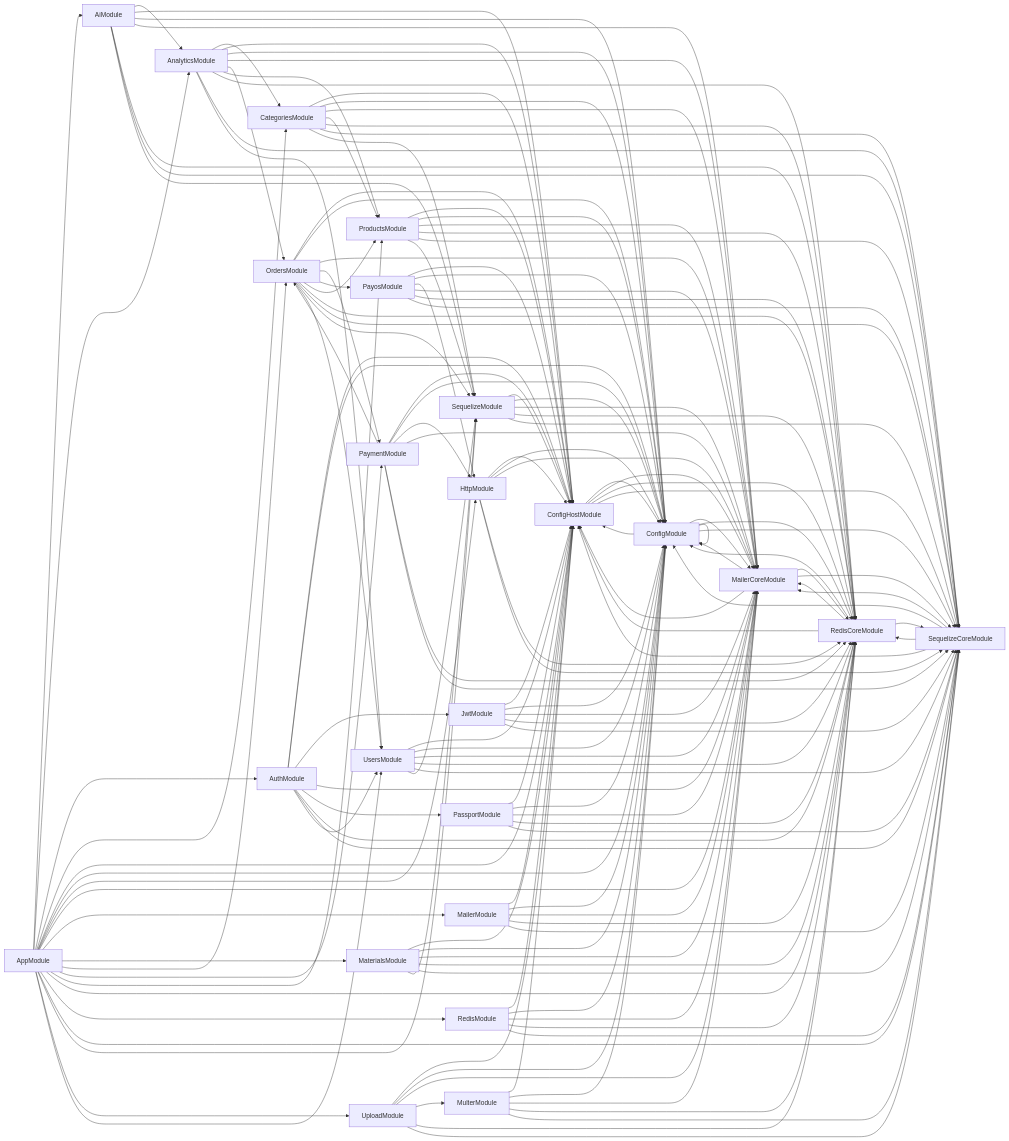
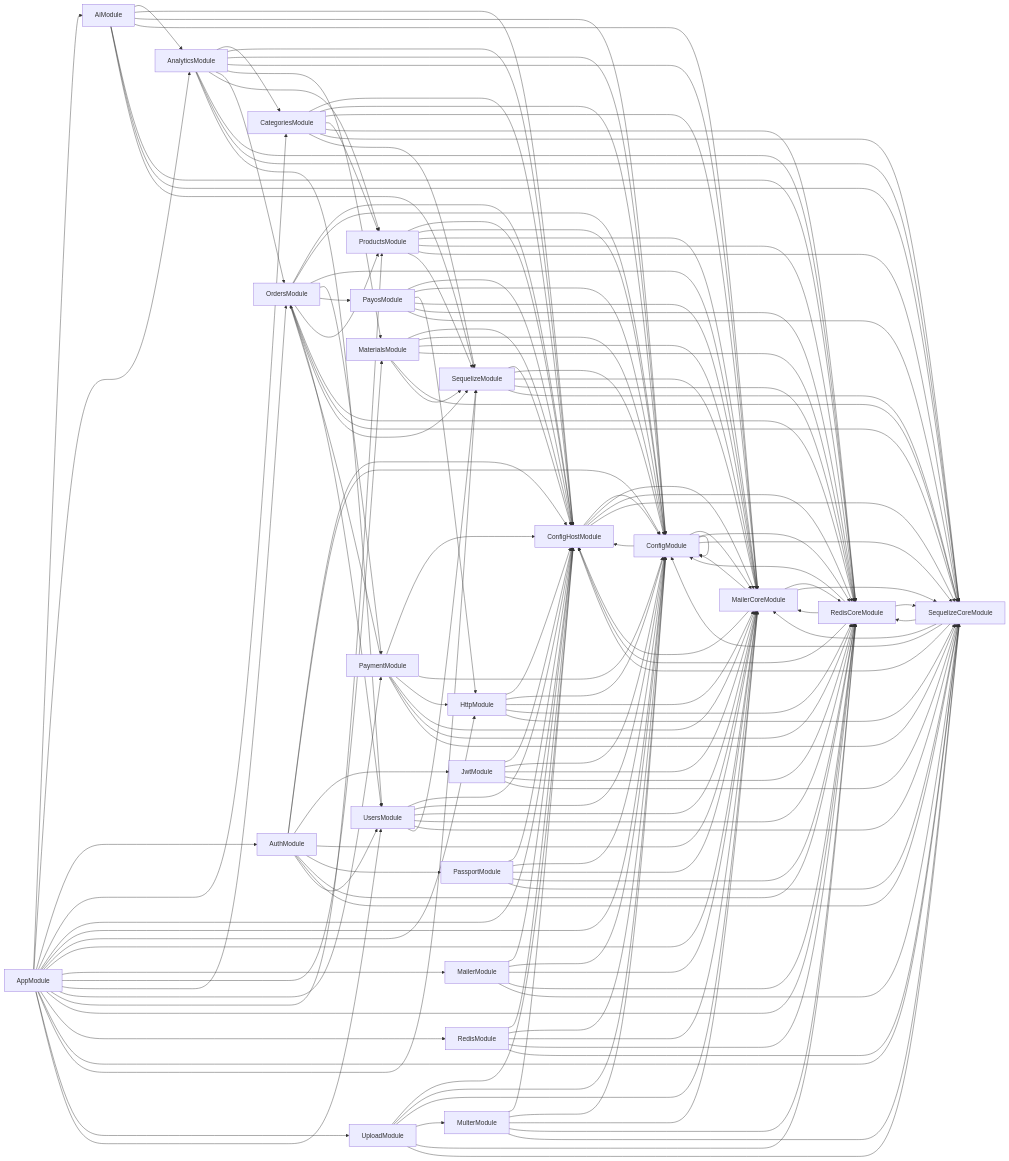
Before and after one commit to csc13001-kafi/csc13001-kafi-server: the diagram in deps.mermaid, drawn with Mermaid. The commit also changed 4 other files, not shown here.

```diff
--- a/deps.mermaid
+++ b/deps.mermaid
@@ -1,154 +1,155 @@
 graph LR
     AiModule-->AnalyticsModule
   AiModule-->ConfigHostModule
   AiModule-->ConfigModule
   AiModule-->MailerCoreModule
   AiModule-->RedisCoreModule
   AiModule-->SequelizeCoreModule
   AiModule-->SequelizeModule
   AnalyticsModule-->CategoriesModule
   AnalyticsModule-->ConfigHostModule
   AnalyticsModule-->ConfigModule
   AnalyticsModule-->MailerCoreModule
+  AnalyticsModule-->MaterialsModule
   AnalyticsModule-->OrdersModule
   AnalyticsModule-->ProductsModule
   AnalyticsModule-->RedisCoreModule
   AnalyticsModule-->SequelizeCoreModule
   AnalyticsModule-->UsersModule
   AppModule-->AiModule
   AppModule-->AnalyticsModule
   AppModule-->AuthModule
   AppModule-->CategoriesModule
   AppModule-->ConfigHostModule
   AppModule-->ConfigModule
   AppModule-->HttpModule
   AppModule-->MailerCoreModule
   AppModule-->MailerModule
   AppModule-->MaterialsModule
   AppModule-->OrdersModule
   AppModule-->PaymentModule
   AppModule-->ProductsModule
   AppModule-->RedisCoreModule
   AppModule-->RedisModule
   AppModule-->SequelizeCoreModule
   AppModule-->SequelizeModule
   AppModule-->UploadModule
   AppModule-->UsersModule
   AuthModule-->ConfigHostModule
   AuthModule-->ConfigModule
   AuthModule-->JwtModule
   AuthModule-->MailerCoreModule
   AuthModule-->PassportModule
   AuthModule-->RedisCoreModule
   AuthModule-->SequelizeCoreModule
   AuthModule-->UsersModule
   CategoriesModule-->ConfigHostModule
   CategoriesModule-->ConfigModule
   CategoriesModule-->MailerCoreModule
   CategoriesModule-->ProductsModule
   CategoriesModule-->RedisCoreModule
   CategoriesModule-->SequelizeCoreModule
   CategoriesModule-->SequelizeModule
   ConfigHostModule-->ConfigModule
   ConfigHostModule-->MailerCoreModule
   ConfigHostModule-->RedisCoreModule
   ConfigHostModule-->SequelizeCoreModule
   ConfigModule-->ConfigHostModule
   ConfigModule-->ConfigModule
   ConfigModule-->MailerCoreModule
   ConfigModule-->RedisCoreModule
   ConfigModule-->SequelizeCoreModule
   HttpModule-->ConfigHostModule
   HttpModule-->ConfigModule
   HttpModule-->MailerCoreModule
   HttpModule-->RedisCoreModule
   HttpModule-->SequelizeCoreModule
   JwtModule-->ConfigHostModule
   JwtModule-->ConfigModule
   JwtModule-->MailerCoreModule
   JwtModule-->RedisCoreModule
   JwtModule-->SequelizeCoreModule
   MailerCoreModule-->ConfigHostModule
   MailerCoreModule-->ConfigModule
   MailerCoreModule-->RedisCoreModule
   MailerCoreModule-->SequelizeCoreModule
   MailerModule-->ConfigHostModule
   MailerModule-->ConfigModule
   MailerModule-->MailerCoreModule
   MailerModule-->RedisCoreModule
   MailerModule-->SequelizeCoreModule
   MaterialsModule-->ConfigHostModule
   MaterialsModule-->ConfigModule
   MaterialsModule-->MailerCoreModule
   MaterialsModule-->RedisCoreModule
   MaterialsModule-->SequelizeCoreModule
   MaterialsModule-->SequelizeModule
   MulterModule-->ConfigHostModule
   MulterModule-->ConfigModule
   MulterModule-->MailerCoreModule
   MulterModule-->RedisCoreModule
   MulterModule-->SequelizeCoreModule
   OrdersModule-->ConfigHostModule
   OrdersModule-->ConfigModule
   OrdersModule-->MailerCoreModule
   OrdersModule-->PaymentModule
   OrdersModule-->PayosModule
   OrdersModule-->ProductsModule
   OrdersModule-->RedisCoreModule
   OrdersModule-->SequelizeCoreModule
   OrdersModule-->SequelizeModule
   OrdersModule-->UsersModule
   PassportModule-->ConfigHostModule
   PassportModule-->ConfigModule
   PassportModule-->MailerCoreModule
   PassportModule-->RedisCoreModule
   PassportModule-->SequelizeCoreModule
   PaymentModule-->ConfigHostModule
   PaymentModule-->ConfigModule
   PaymentModule-->HttpModule
   PaymentModule-->MailerCoreModule
   PaymentModule-->OrdersModule
   PaymentModule-->RedisCoreModule
   PaymentModule-->SequelizeCoreModule
   PayosModule-->ConfigHostModule
   PayosModule-->ConfigModule
   PayosModule-->HttpModule
   PayosModule-->MailerCoreModule
   PayosModule-->RedisCoreModule
   PayosModule-->SequelizeCoreModule
   ProductsModule-->ConfigHostModule
   ProductsModule-->ConfigModule
   ProductsModule-->MailerCoreModule
   ProductsModule-->RedisCoreModule
   ProductsModule-->SequelizeCoreModule
   ProductsModule-->SequelizeModule
   RedisCoreModule-->ConfigHostModule
   RedisCoreModule-->ConfigModule
   RedisCoreModule-->MailerCoreModule
   RedisCoreModule-->SequelizeCoreModule
   RedisModule-->ConfigHostModule
   RedisModule-->ConfigModule
   RedisModule-->MailerCoreModule
   RedisModule-->RedisCoreModule
   RedisModule-->SequelizeCoreModule
   SequelizeCoreModule-->ConfigHostModule
   SequelizeCoreModule-->ConfigModule
   SequelizeCoreModule-->MailerCoreModule
   SequelizeCoreModule-->RedisCoreModule
   SequelizeModule-->ConfigHostModule
   SequelizeModule-->ConfigModule
   SequelizeModule-->MailerCoreModule
   SequelizeModule-->RedisCoreModule
   SequelizeModule-->SequelizeCoreModule
   UploadModule-->ConfigHostModule
   UploadModule-->ConfigModule
   UploadModule-->MailerCoreModule
   UploadModule-->MulterModule
   UploadModule-->RedisCoreModule
   UploadModule-->SequelizeCoreModule
   UsersModule-->ConfigHostModule
   UsersModule-->ConfigModule
   UsersModule-->MailerCoreModule
   UsersModule-->RedisCoreModule
   UsersModule-->SequelizeCoreModule
   UsersModule-->SequelizeModule
```
